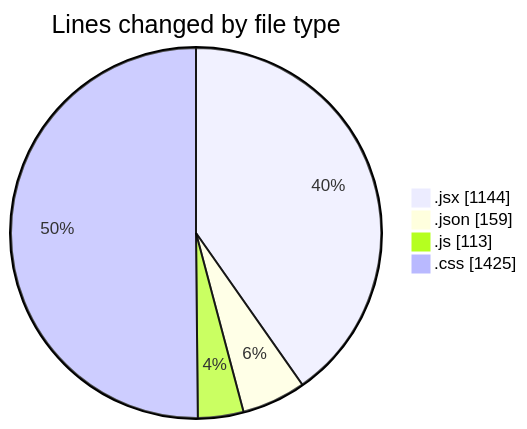
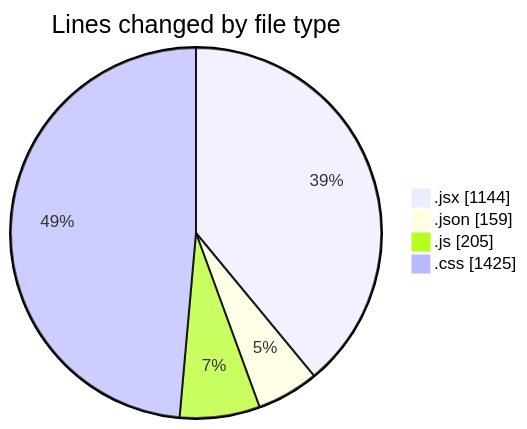
The first of 2 diagrams in 2025-05-04/project/README.md (BS-eng2023/code-tracking), drawn with Mermaid before and after one commit. The commit also changed other lines of this file and 1 other file, not shown here.

````diff
--- a/2025-05-04/project/README.md
+++ b/2025-05-04/project/README.md
@@ -37,8 +38,8 @@
 ```mermaid
 pie showData
 title Lines changed by file type
 ".jsx" : 1144
 ".json" : 159
-".js" : 113
+".js" : 205
 ".css" : 1425
 ```
````
